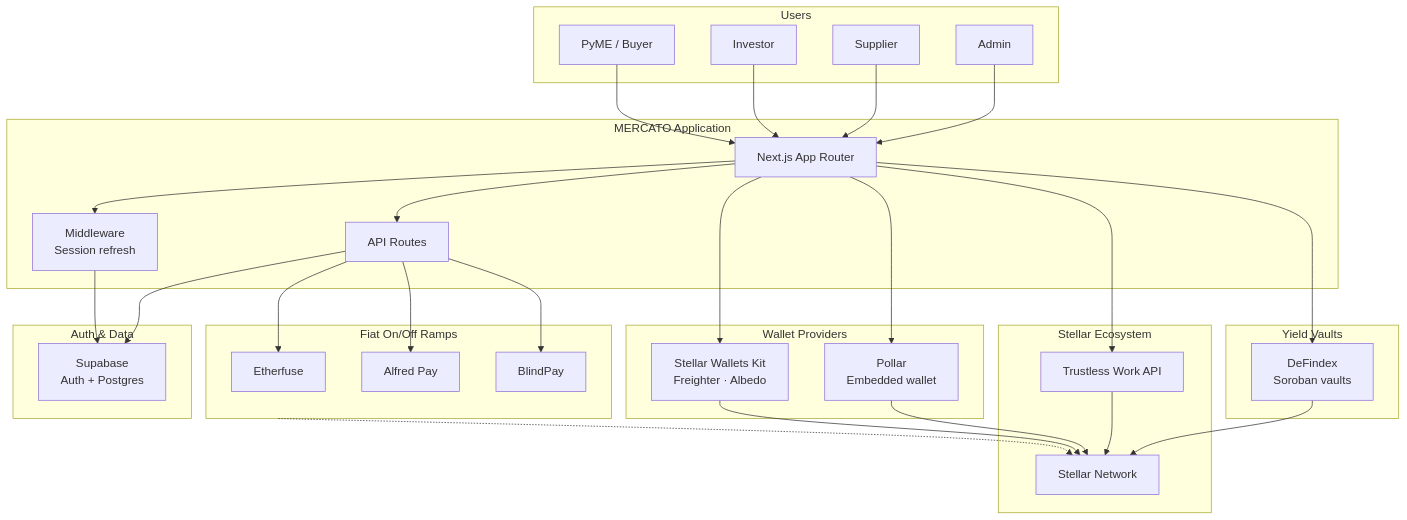
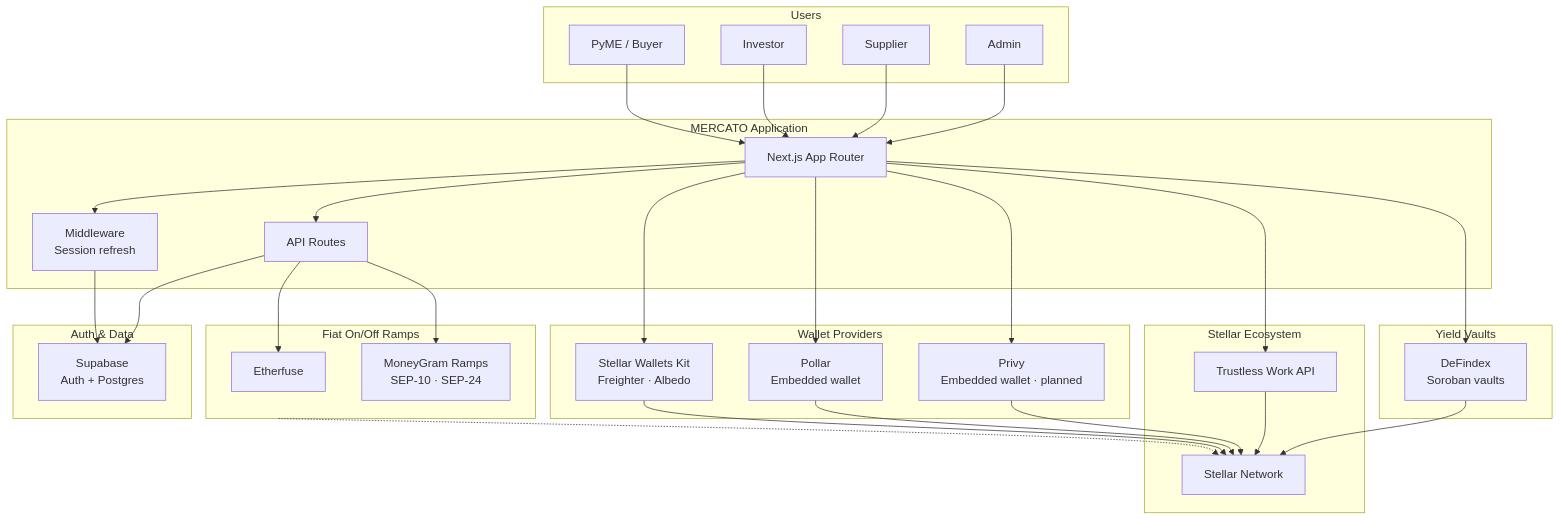
Before and after one commit to mercato-supply-chain/mercato-dapp: the first of 14 diagrams in doc/architecture.md, drawn with Mermaid. The commit also changed other lines of this file, not shown here.

Commit message:
Document planned MoneyGram ramps and Privy wallet support

````diff
--- a/doc/architecture.md
+++ b/doc/architecture.md
@@ -15,59 +15,60 @@
 ```mermaid
 flowchart TB
   subgraph Users["Users"]
     PyME[PyME / Buyer]
     Investor[Investor]
     Supplier[Supplier]
     Admin[Admin]
   end
 
   subgraph App["MERCATO Application"]
     Next[Next.js App Router]
     API[API Routes]
     Middleware[Middleware\nSession refresh]
   end
 
   subgraph AuthAndData["Auth & Data"]
     Supabase[Supabase\nAuth + Postgres]
   end
 
   subgraph Stellar["Stellar Ecosystem"]
     Trustless[Trustless Work API]
     StellarNet[Stellar Network]
   end
 
   subgraph Ramps["Fiat On/Off Ramps"]
     Etherfuse[Etherfuse]
-    AlfredPay[Alfred Pay]
-    BlindPay[BlindPay]
+    MoneyGram[MoneyGram Ramps\nSEP-10 · SEP-24]
   end
 
   subgraph WalletProviders["Wallet Providers"]
     SWK[Stellar Wallets Kit\nFreighter · Albedo]
     Pollar[Pollar\nEmbedded wallet]
+    Privy[Privy\nEmbedded wallet · planned]
   end
 
   subgraph Yield["Yield Vaults"]
     DeFindex[DeFindex\nSoroban vaults]
   end
 
   PyME --> Next
   Investor --> Next
   Supplier --> Next
   Admin --> Next
   Next --> Middleware --> Supabase
   Next --> API
   API --> Supabase
   Next --> SWK
   Next --> Pollar
+  Next --> Privy
   Next --> Trustless
   Next --> DeFindex
   DeFindex --> StellarNet
   API --> Etherfuse
-  API --> AlfredPay
-  API --> BlindPay
+  API --> MoneyGram
   Trustless --> StellarNet
   SWK --> StellarNet
   Pollar --> StellarNet
+  Privy --> StellarNet
   Ramps -.-> StellarNet
 ```
````
